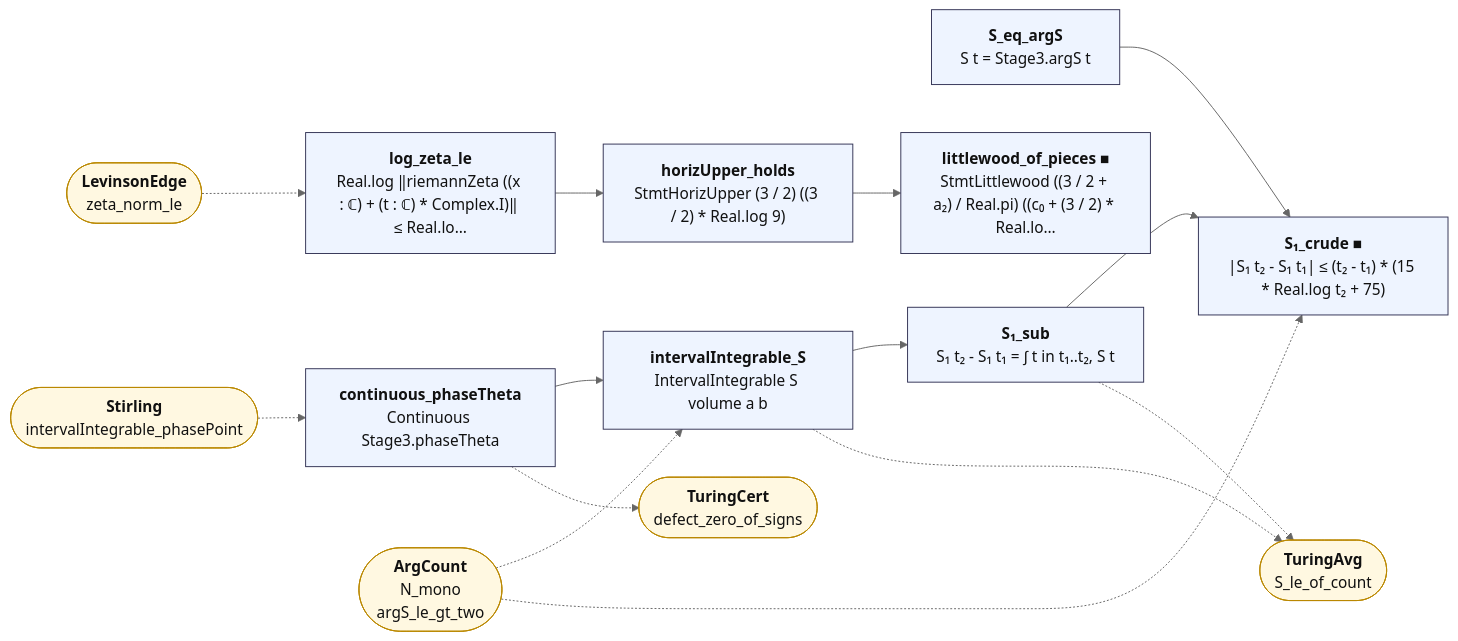
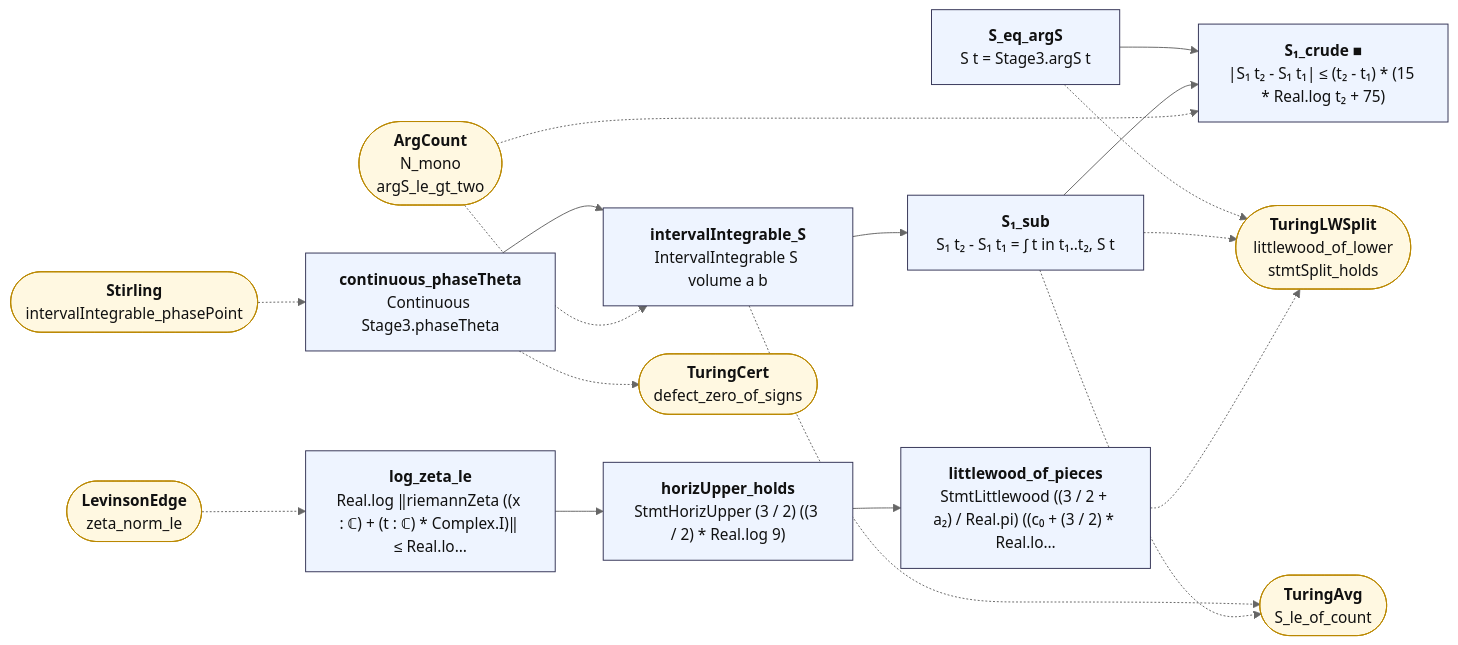
Before and after one commit to juliansambranojr/Primebeat_081426: the diagram in map/lean_stage3/TuringS.mmd, drawn with Mermaid (neutral theme). The commit also changed 28 other files, not shown here.

```diff
--- a/map/lean_stage3/TuringS.mmd
+++ b/map/lean_stage3/TuringS.mmd
@@ -1,35 +1,39 @@
 flowchart LR
   n0["<b>S_eq_argS</b><br/>S t = Stage3.argS t"]:::thm
   n1["<b>continuous_phaseTheta</b><br/>Continuous Stage3.phaseTheta"]:::thm
   n2["<b>intervalIntegrable_S</b><br/>IntervalIntegrable S volume a b"]:::thm
   n3["<b>S₁_sub</b><br/>S₁ t₂ - S₁ t₁ = ∫ t in t₁..t₂, S t"]:::thm
   n4["<b>S₁_crude ■</b><br/>|S₁ t₂ - S₁ t₁| ≤ (t₂ - t₁) * (15 * Real.log t₂ + 75)"]:::thm
   n5["<b>log_zeta_le</b><br/>Real.log ‖riemannZeta ((x : ℂ) + (t : ℂ) * Complex.I)‖ ≤ Real.lo…"]:::thm
   n6["<b>horizUpper_holds</b><br/>StmtHorizUpper (3 / 2) ((3 / 2) * Real.log 9)"]:::thm
-  n7["<b>littlewood_of_pieces ■</b><br/>StmtLittlewood ((3 / 2 + a₂) / Real.pi) ((c₀ + (3 / 2) * Real.lo…"]:::thm
-  x0(["<b>Stirling</b><br/>intervalIntegrable_phasePoint"]):::ext
-  x1(["<b>TuringCert</b><br/>defect_zero_of_signs"]):::ext
-  x2(["<b>ArgCount</b><br/>N_mono<br/>argS_le_gt_two"]):::ext
-  x3(["<b>TuringAvg</b><br/>S_le_of_count"]):::ext
-  x4(["<b>LevinsonEdge</b><br/>zeta_norm_le"]):::ext
+  n7["<b>littlewood_of_pieces</b><br/>StmtLittlewood ((3 / 2 + a₂) / Real.pi) ((c₀ + (3 / 2) * Real.lo…"]:::thm
+  x0(["<b>TuringLWSplit</b><br/>littlewood_of_lower<br/>stmtSplit_holds"]):::ext
+  x1(["<b>Stirling</b><br/>intervalIntegrable_phasePoint"]):::ext
+  x2(["<b>TuringCert</b><br/>defect_zero_of_signs"]):::ext
+  x3(["<b>ArgCount</b><br/>N_mono<br/>argS_le_gt_two"]):::ext
+  x4(["<b>TuringAvg</b><br/>S_le_of_count"]):::ext
+  x5(["<b>LevinsonEdge</b><br/>zeta_norm_le"]):::ext
   n0 --> n4
   n1 --> n2
   n2 --> n3
   n3 --> n4
   n5 --> n6
   n6 --> n7
-  n1 -.-> x1
-  n2 -.-> x3
-  n3 -.-> x3
-  x0 -.-> n1
-  x2 -.-> n2
-  x2 -.-> n4
-  x4 -.-> n5
+  n0 -.-> x0
+  n1 -.-> x2
+  n2 -.-> x4
+  n3 -.-> x0
+  n3 -.-> x4
+  n7 -.-> x0
+  x1 -.-> n1
+  x3 -.-> n2
+  x3 -.-> n4
+  x5 -.-> n5
   classDef cnt fill:#dff5ec,stroke:#17694a,color:#111
   classDef shp fill:#f1ecfb,stroke:#5b3fa0,color:#111
   classDef rh fill:#ffe5e5,stroke:#c22,color:#111,stroke-width:2px
   classDef thm fill:#eef4ff,stroke:#335,color:#111
   classDef end_ fill:#e7f7e7,stroke:#2a7,color:#111,stroke-width:2px
   classDef lone fill:#fff,stroke:#999,color:#111,stroke-dasharray:4 3
   classDef bad fill:#ffe5e5,stroke:#c22,color:#111,stroke-width:2px
   classDef ext fill:#fff8e1,stroke:#b80,color:#111
```
